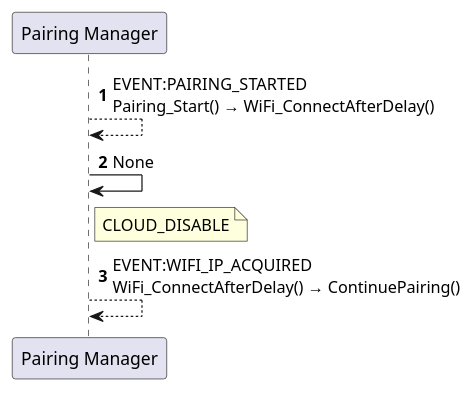
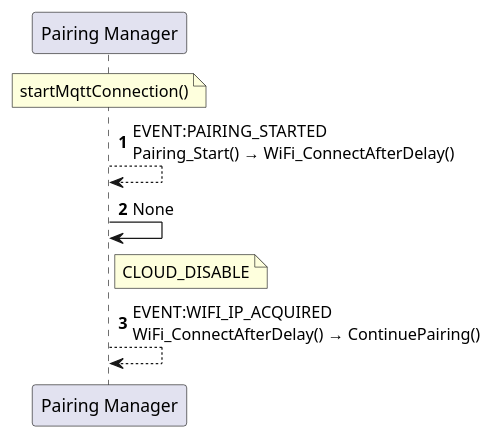
Before and after one commit to tvanfossen/doxygen-guard: the diagram in docs/generated/sequences/REQ-0252.puml, drawn with PlantUML. The commit also changed 20 other files, not shown here.

```diff
--- a/docs/generated/sequences/REQ-0252.puml
+++ b/docs/generated/sequences/REQ-0252.puml
@@ -1,11 +1,13 @@
 @startuml REQ-0252
 autonumber
 
 participant "Pairing Manager" as Pairing_Manager
+
+note over Pairing_Manager: startMqttConnection()
 
 Pairing_Manager --> Pairing_Manager: EVENT:PAIRING_STARTED\nPairing_Start() → WiFi_ConnectAfterDelay()
 Pairing_Manager -> Pairing_Manager: None
 note right of Pairing_Manager: CLOUD_DISABLE
 Pairing_Manager --> Pairing_Manager: EVENT:WIFI_IP_ACQUIRED\nWiFi_ConnectAfterDelay() → ContinuePairing()
 
 @enduml
```
